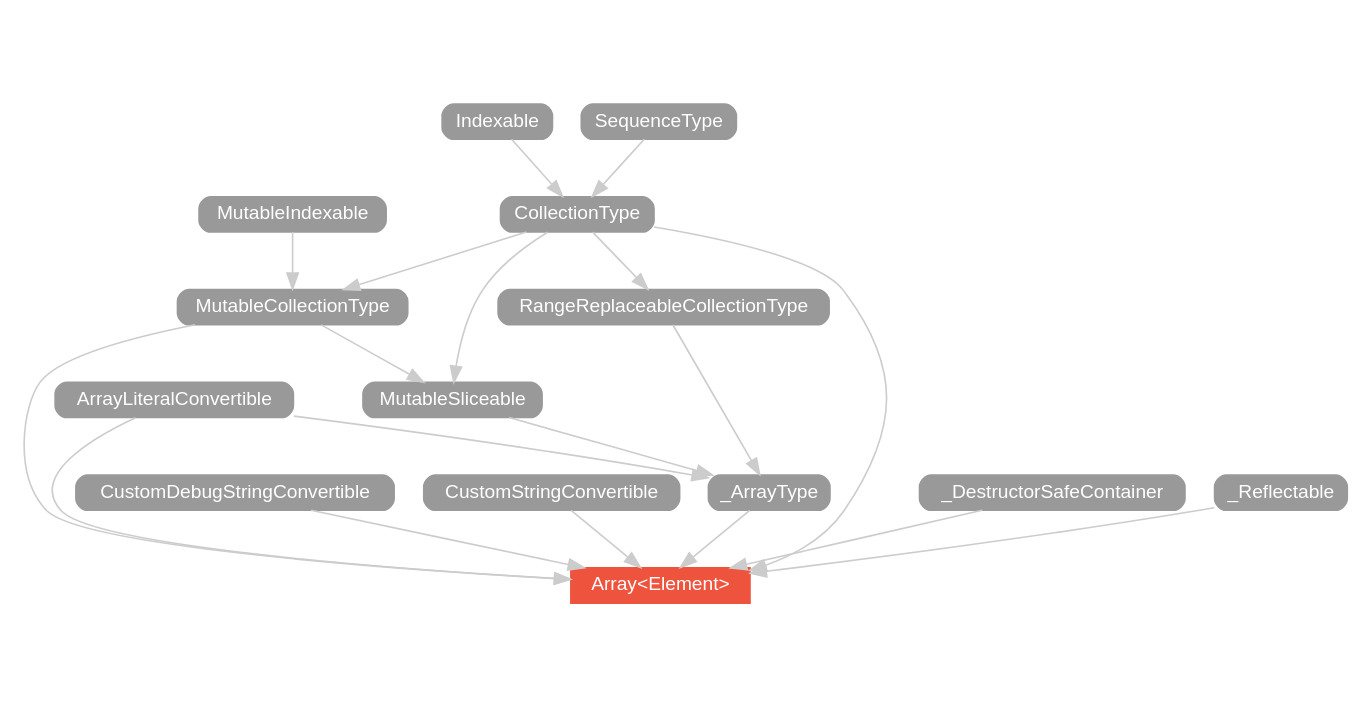
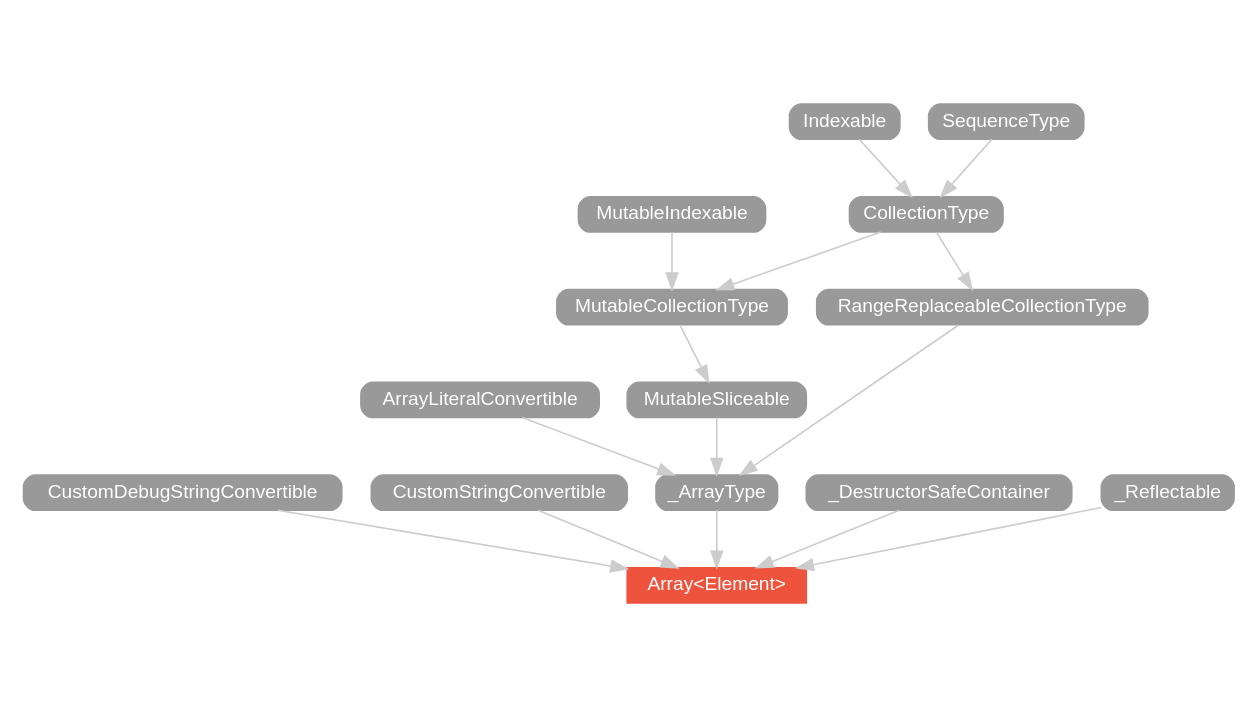
Before and after one commit to SwiftDoc/SwiftDoc.github.io: the diagram in v2.1/type/Array/hierarchy/index.dot, drawn with Graphviz. The commit also changed 1932 other files, not shown here.

```diff
--- a/v2.1/type/Array/hierarchy/index.dot
+++ b/v2.1/type/Array/hierarchy/index.dot
@@ -1,49 +1,37 @@
 strict digraph "Array<Element> - Type Hierarchy - SwiftDoc.org" {
     pad="0.1,0.8"
     node [shape=box, style="filled,rounded", color="#999999", fillcolor="#999999", fontcolor=white, fontname=Helvetica, fontnames="Helvetica,sansserif", fontsize=12, margin="0.07,0.05", height="0.3"]
     edge [color="#cccccc"]
     "Array<Element>" [URL="/type/Array/", style="filled", fillcolor="#ee543d", color="#ee543d"]
     "ArrayLiteralConvertible" [URL="/protocol/ArrayLiteralConvertible/"]
     "CollectionType" [URL="/protocol/CollectionType/"]
     "CustomDebugStringConvertible" [URL="/protocol/CustomDebugStringConvertible/"]
     "CustomStringConvertible" [URL="/protocol/CustomStringConvertible/"]
     "Indexable" [URL="/protocol/Indexable/"]
     "MutableCollectionType" [URL="/protocol/MutableCollectionType/"]
     "MutableIndexable" [URL="/protocol/MutableIndexable/"]
     "MutableSliceable" [URL="/protocol/MutableSliceable/"]
     "RangeReplaceableCollectionType" [URL="/protocol/RangeReplaceableCollectionType/"]
     "SequenceType" [URL="/protocol/SequenceType/"]
     "_ArrayType" [URL="/protocol/_ArrayType/"]
     "_DestructorSafeContainer" [URL="/protocol/_DestructorSafeContainer/"]
-    "_Reflectable" [URL="/protocol/_Reflectable/"]    "CollectionType" -> "Array<Element>"
-    "MutableCollectionType" -> "Array<Element>"
-    "_DestructorSafeContainer" -> "Array<Element>"
-    "ArrayLiteralConvertible" -> "Array<Element>"
+    "_Reflectable" [URL="/protocol/_Reflectable/"]    "_DestructorSafeContainer" -> "Array<Element>"
     "_ArrayType" -> "Array<Element>"
     "_Reflectable" -> "Array<Element>"
     "CustomStringConvertible" -> "Array<Element>"
     "CustomDebugStringConvertible" -> "Array<Element>"
-    "Indexable" -> "CollectionType"
-    "SequenceType" -> "CollectionType"
-    "MutableIndexable" -> "MutableCollectionType"
-    "CollectionType" -> "MutableCollectionType"
-    "Indexable" -> "CollectionType"
-    "SequenceType" -> "CollectionType"
     "RangeReplaceableCollectionType" -> "_ArrayType"
     "MutableSliceable" -> "_ArrayType"
     "ArrayLiteralConvertible" -> "_ArrayType"
     "CollectionType" -> "RangeReplaceableCollectionType"
     "Indexable" -> "CollectionType"
     "SequenceType" -> "CollectionType"
-    "CollectionType" -> "MutableSliceable"
     "MutableCollectionType" -> "MutableSliceable"
-    "Indexable" -> "CollectionType"
-    "SequenceType" -> "CollectionType"
     "MutableIndexable" -> "MutableCollectionType"
     "CollectionType" -> "MutableCollectionType"
     "Indexable" -> "CollectionType"
     "SequenceType" -> "CollectionType"
     subgraph Types {
         rank = max; "Array<Element>";
     }
 }
```
